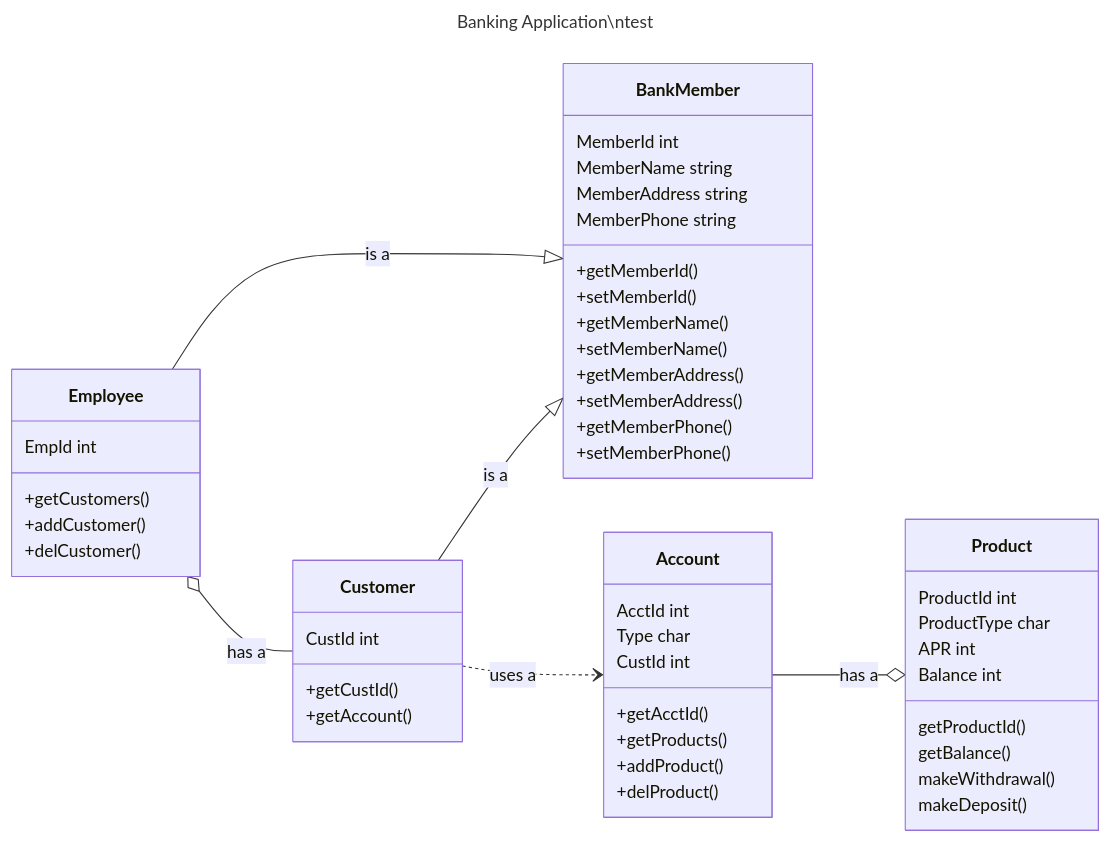
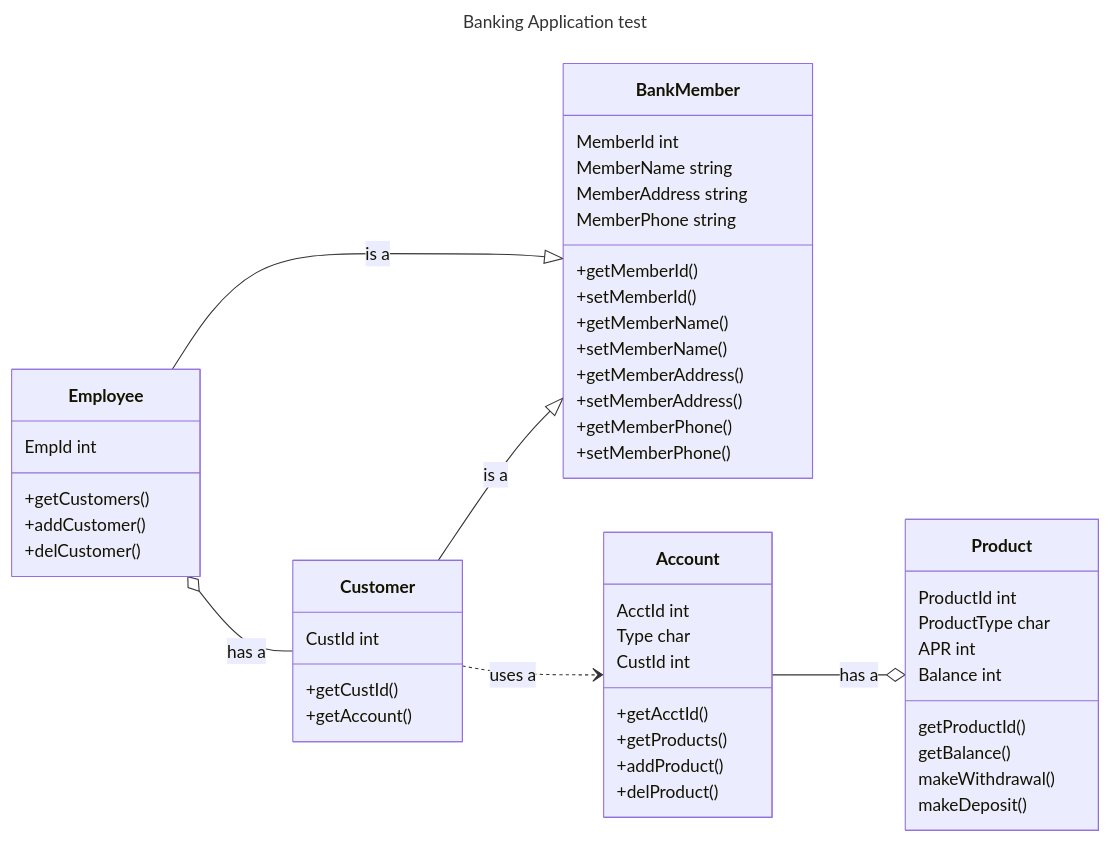
Before and after one commit to Marcus-Snell/Test: the diagram in mermaid.md, drawn with Mermaid.

````diff
--- a/mermaid.md
+++ b/mermaid.md
@@ -1,52 +1,52 @@
 ```mermaid
 ---
-title: Banking Application\ntest
+title: "Banking Application\ntest"
 ---
 classDiagram
 direction LR
 BankMember
 BankMember : MemberId int
 BankMember : MemberName string
 BankMember : MemberAddress string
 BankMember : MemberPhone string
 BankMember : +getMemberId()
 BankMember : +setMemberId()
 BankMember : +getMemberName()
 BankMember : +setMemberName()
 BankMember : +getMemberAddress()
 BankMember : +setMemberAddress()
 BankMember : +getMemberPhone()
 BankMember : +setMemberPhone()
 
 Employee --|> BankMember : is a
 Employee o-- Customer : has a
 Employee : EmpId int
 Employee : +getCustomers()
 Employee : +addCustomer()
 Employee : +delCustomer()
 
 Customer --|> BankMember : is a
 Customer ..> Account : uses a
 Customer : CustId int
 Customer : +getCustId()
 Customer : +getAccount()
 
 Account --o Product : has a
 Account : AcctId int
 Account : Type char
 Account : CustId int
 Account : +getAcctId()
 Account : +getProducts()
 Account : +addProduct()
 Account : +delProduct()
 
 Product : ProductId int
 Product : ProductType char
 Product : APR int
 Product : Balance int
 Product : getProductId()
 Product : getBalance()
 Product : makeWithdrawal()
 Product : makeDeposit()
 
 ```
````
